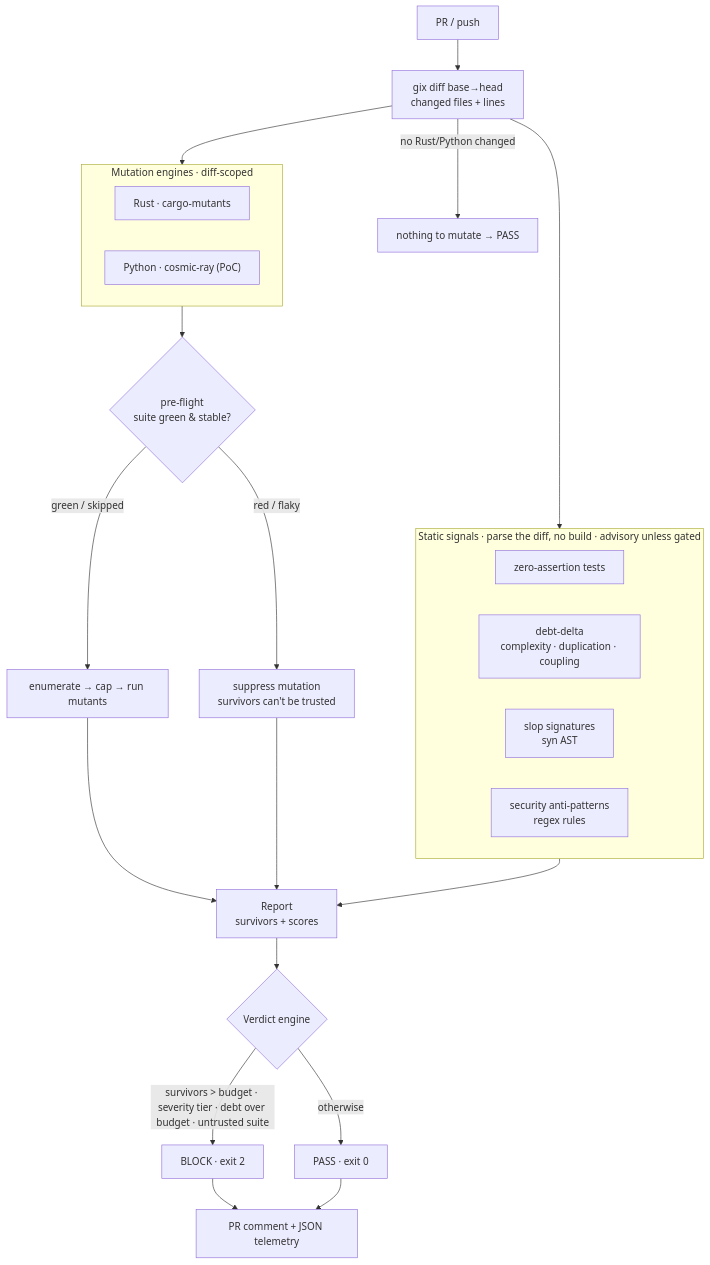
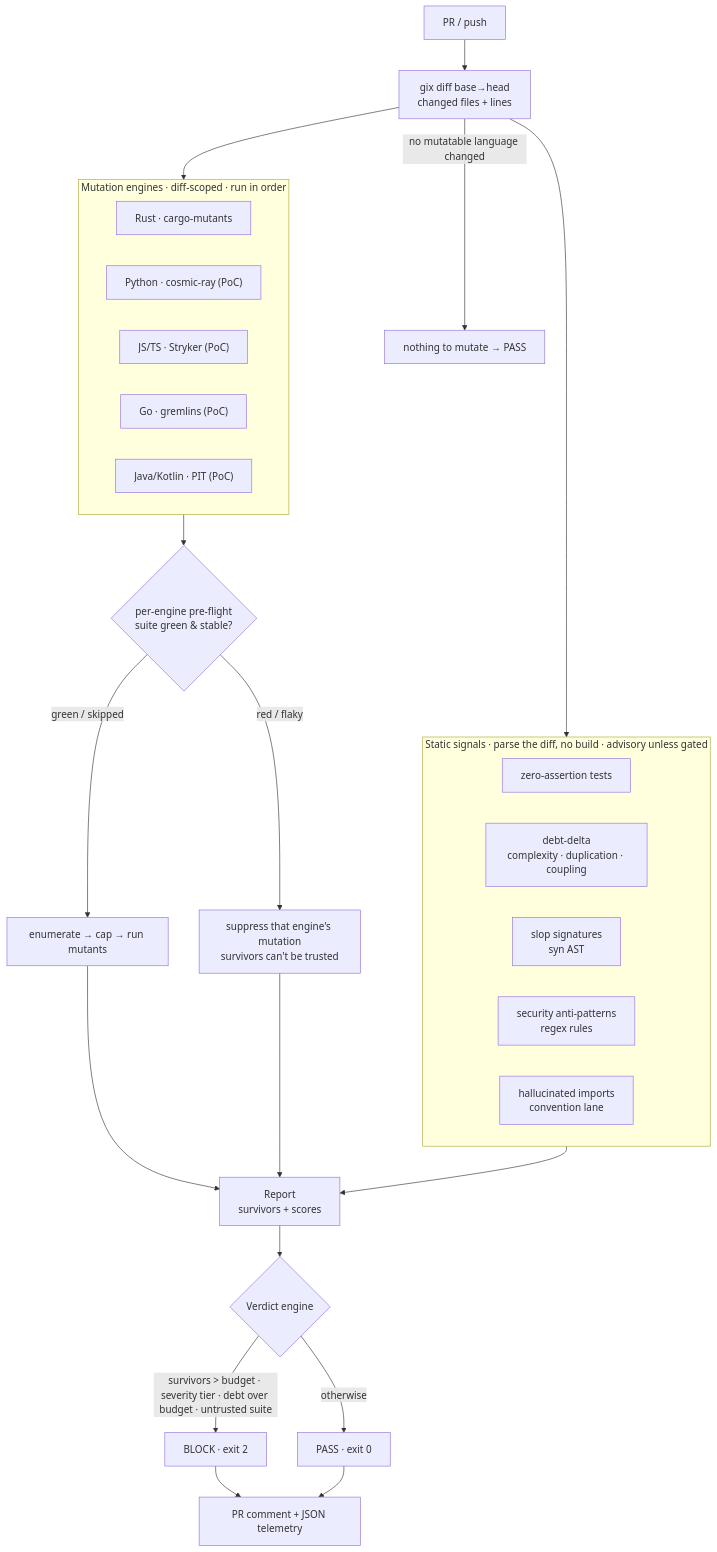
Before and after one commit to lucheeseng827/mergestro-gate: the third of 5 diagrams in README.md, drawn with Mermaid. The commit also changed other lines of this file and 23 other files, not shown here.

````diff
--- a/README.md
+++ b/README.md
@@ -253,32 +284,36 @@
 ```mermaid
 flowchart TD
     PR["PR / push"] --> DIFF["gix diff base→head<br/>changed files + lines"]
-    DIFF -->|"no Rust/Python changed"| NOOP["nothing to mutate → PASS"]
+    DIFF -->|"no mutatable language changed"| NOOP["nothing to mutate → PASS"]
     DIFF --> LANES
     DIFF --> ENGINES
 
     subgraph LANES["Static signals · parse the diff, no build · advisory unless gated"]
         Z["zero-assertion tests"]
         D["debt-delta<br/>complexity · duplication · coupling"]
         S["slop signatures<br/>syn AST"]
         SEC["security anti-patterns<br/>regex rules"]
+        CONV["hallucinated imports<br/>convention lane"]
     end
 
-    subgraph ENGINES["Mutation engines · diff-scoped"]
+    subgraph ENGINES["Mutation engines · diff-scoped · run in order"]
         R["Rust · cargo-mutants"]
         P["Python · cosmic-ray (PoC)"]
+        J["JS/TS · Stryker (PoC)"]
+        GO["Go · gremlins (PoC)"]
+        JV["Java/Kotlin · PIT (PoC)"]
     end
 
-    ENGINES --> PF{"pre-flight<br/>suite green &amp; stable?"}
-    PF -->|"red / flaky"| SUPP["suppress mutation<br/>survivors can't be trusted"]
+    ENGINES --> PF{"per-engine pre-flight<br/>suite green &amp; stable?"}
+    PF -->|"red / flaky"| SUPP["suppress that engine's mutation<br/>survivors can't be trusted"]
     PF -->|"green / skipped"| MUT["enumerate → cap → run mutants"]
 
     LANES --> AGG["Report<br/>survivors + scores"]
     MUT --> AGG
     SUPP --> AGG
     AGG --> V{"Verdict engine"}
     V -->|"survivors &gt; budget · severity tier · debt over budget · untrusted suite"| BLK["BLOCK · exit 2"]
     V -->|"otherwise"| PASS["PASS · exit 0"]
     BLK --> OUT["PR comment + JSON telemetry"]
     PASS --> OUT
 ```
````
